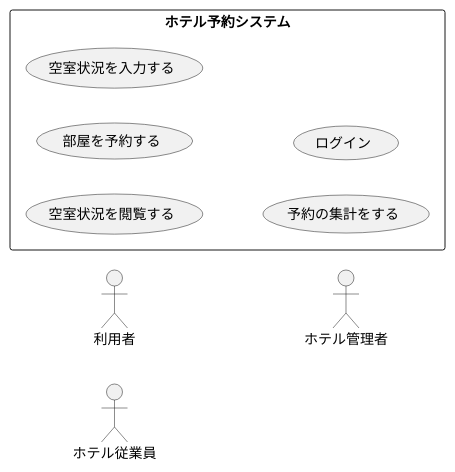
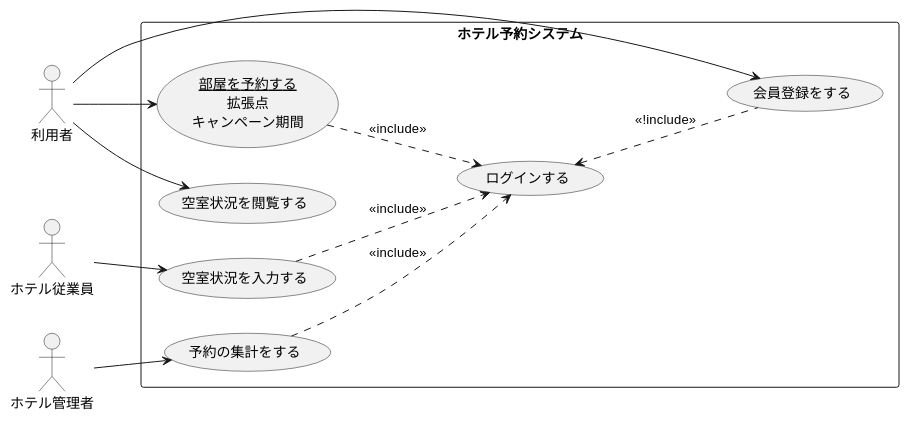
The diagram in 演習2-8_UC_ホテル予約システム.pu (yoshidasen/uml-introduction), drawn with PlantUML before and after one commit. The commit also changed other lines of this file and 1 other file, not shown here.

```diff
--- a/演習2-8_UC_ホテル予約システム.pu
+++ b/演習2-8_UC_ホテル予約システム.pu
@@ -1,18 +1,26 @@
 @startuml ホテル予約システム
     left to right direction
     actor 利用者 as A1
     actor ホテル従業員 as A2
     actor ホテル管理者 as A3
 
     rectangle ホテル予約システム {
-        usecase 空室状況を閲覧する
-        usecase 部屋を予約する
-        usecase 空室状況を入力する
-        usecase 予約の集計をする
-        usecase ログイン
+        usecase 空室状況を閲覧する as U1
+        usecase 空室状況を入力する as U2
+        usecase 予約の集計をする as U3
+        usecase (<u>部屋を予約する</u>\n拡張点\nキャンペーン期間) as U4
+        usecase ログインする as U5
+        usecase 会員登録をする as U6
     }
 
-
-
+    A1 --> U1
+    A1 --> U4
+    A2 --> U2
+    A3 --> U3
+    U2 ..> U5 : <<include>>
+    U3 ..> U5 : <<include>>
+    U4 ..> U5 : <<include>>
+    A1 ---> U6
+    U5 <.. U6 : <<!include>>
 
 @enduml
```
